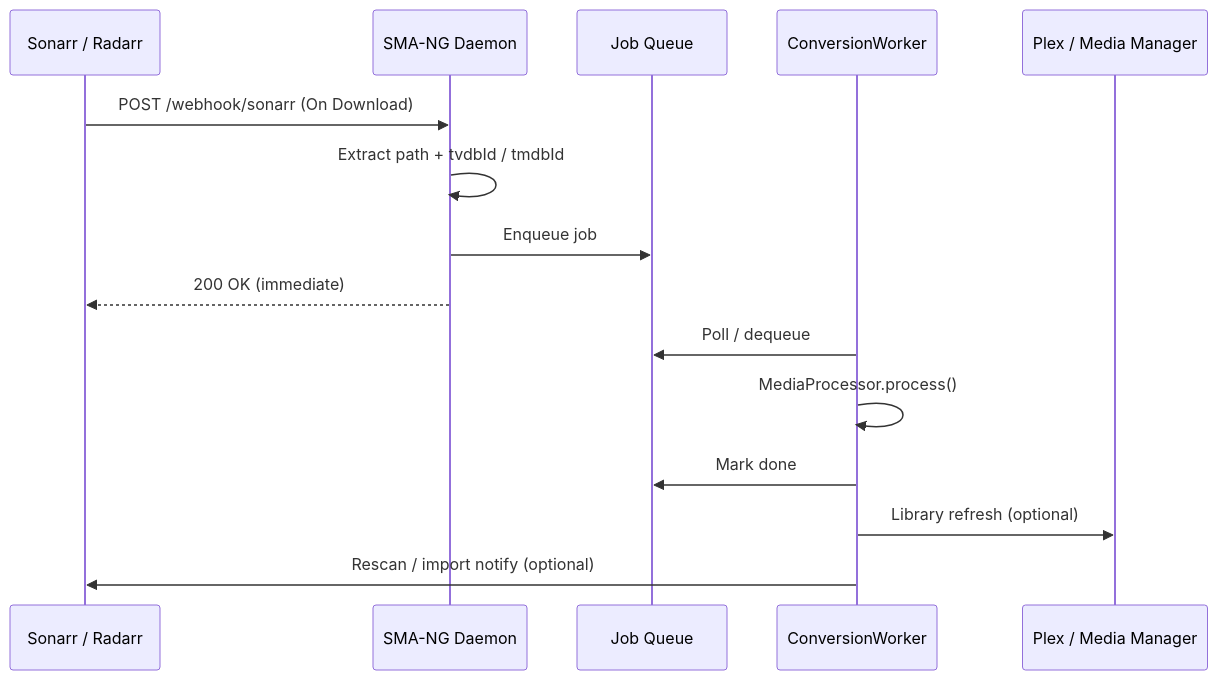
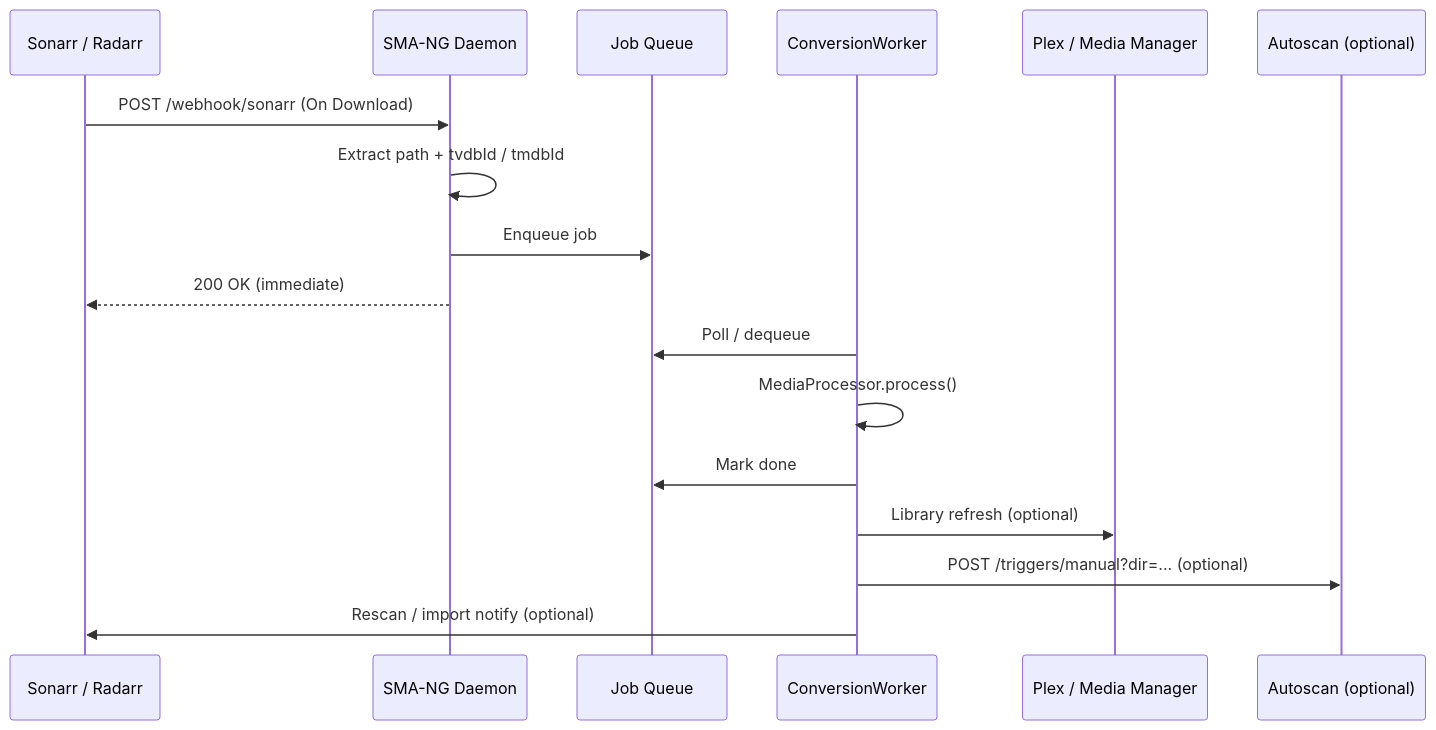
Before and after one commit to newdave/sma-ng: the diagram in docs/integrations.md, drawn with Mermaid. The commit also changed other lines of this file and 9 other files, not shown here.

````diff
--- a/docs/integrations.md
+++ b/docs/integrations.md
@@ -112,18 +167,20 @@
 ```mermaid
 sequenceDiagram
     participant MM as Sonarr / Radarr
     participant D as SMA-NG Daemon
     participant Q as Job Queue
     participant W as ConversionWorker
     participant P as Plex / Media Manager
+    participant A as Autoscan (optional)
 
     MM->>D: POST /webhook/sonarr (On Download)
     D->>D: Extract path + tvdbId / tmdbId
     D->>Q: Enqueue job
     D-->>MM: 200 OK (immediate)
     W->>Q: Poll / dequeue
     W->>W: MediaProcessor.process()
     W->>Q: Mark done
     W->>P: Library refresh (optional)
+    W->>A: POST /triggers/manual?dir=... (optional)
     W->>MM: Rescan / import notify (optional)
 ```
````
